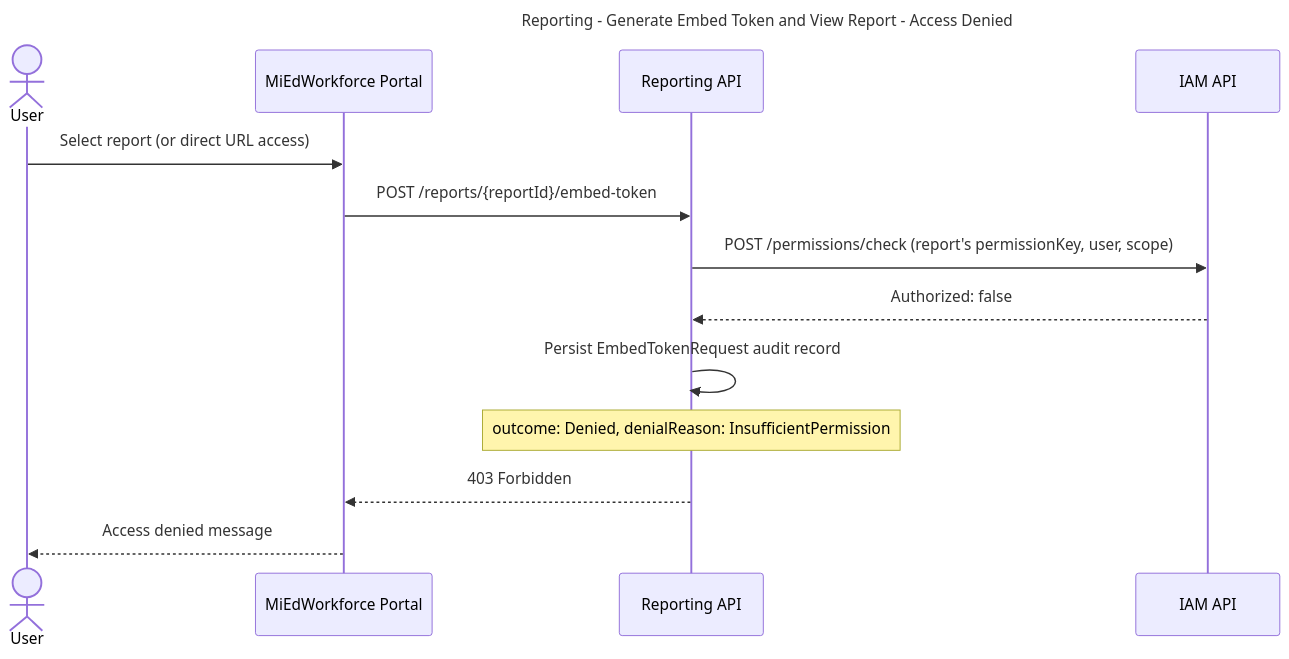
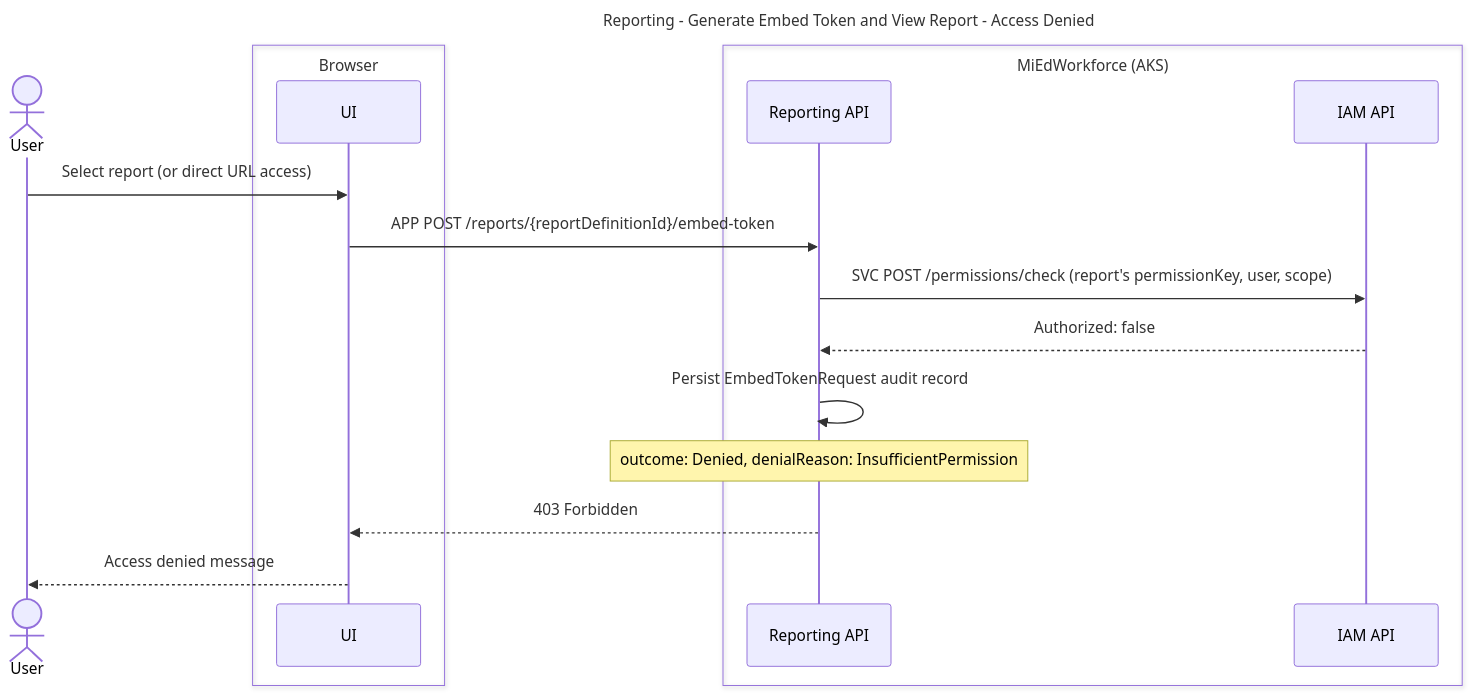
The third of 6 diagrams in working-docs/solution-areas/reporting/reporting-sequences.md (mnichols-dl/mied-design), drawn with Mermaid before and after one commit. The commit also changed other lines of this file and 34 other files, not shown here.

Commit message:
Update sequences and perform RTM assessment

````diff
--- a/working-docs/solution-areas/reporting/reporting-sequences.md
+++ b/working-docs/solution-areas/reporting/reporting-sequences.md
@@ -119,22 +132,26 @@
 ```mermaid
 ---
 title: Reporting - Generate Embed Token and View Report - Access Denied
 ---
 sequenceDiagram
     actor User
-    participant Portal as MiEdWorkforce Portal
-    participant ReportingAPI as Reporting API
-    participant IAM as IAM API
+    box Browser
+    participant UI as UI
+    end
+    box MiEdWorkforce (AKS)
+    participant ReportingApi as Reporting API
+    participant IamApi as IAM API
+    end
 
-    User->>Portal: Select report (or direct URL access)
-    Portal->>ReportingAPI: POST /reports/{reportId}/embed-token
+    User->>UI: Select report (or direct URL access)
+    UI->>ReportingApi: APP POST /reports/{reportDefinitionId}/embed-token
 
-    ReportingAPI->>IAM: POST /permissions/check (report's permissionKey, user, scope)
-    IAM-->>ReportingAPI: Authorized: false
+    ReportingApi->>IamApi: SVC POST /permissions/check (report's permissionKey, user, scope)
+    IamApi-->>ReportingApi: Authorized: false
 
-    ReportingAPI->>ReportingAPI: Persist EmbedTokenRequest audit record
-    Note over ReportingAPI: outcome: Denied, denialReason: InsufficientPermission
+    ReportingApi->>ReportingApi: Persist EmbedTokenRequest audit record
+    Note over ReportingApi: outcome: Denied, denialReason: InsufficientPermission
 
-    ReportingAPI-->>Portal: 403 Forbidden
-    Portal-->>User: Access denied message
+    ReportingApi-->>UI: 403 Forbidden
+    UI-->>User: Access denied message
 ```
````
